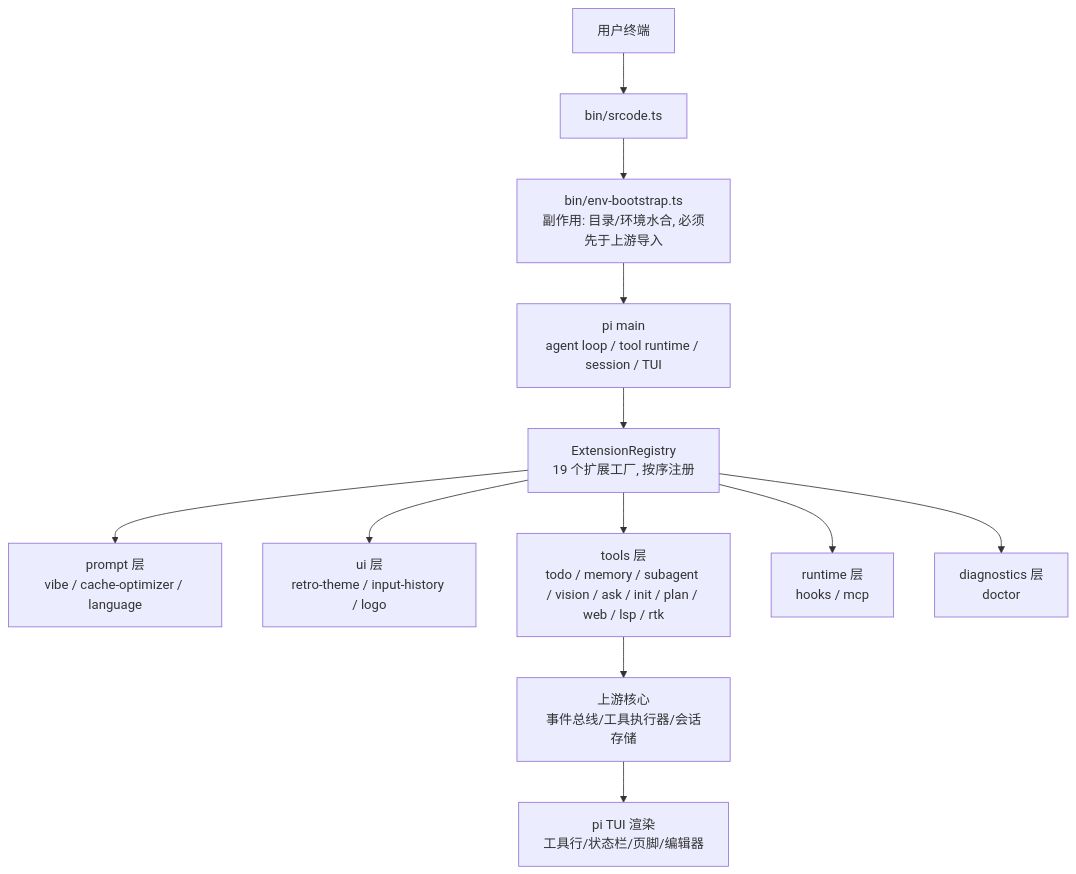
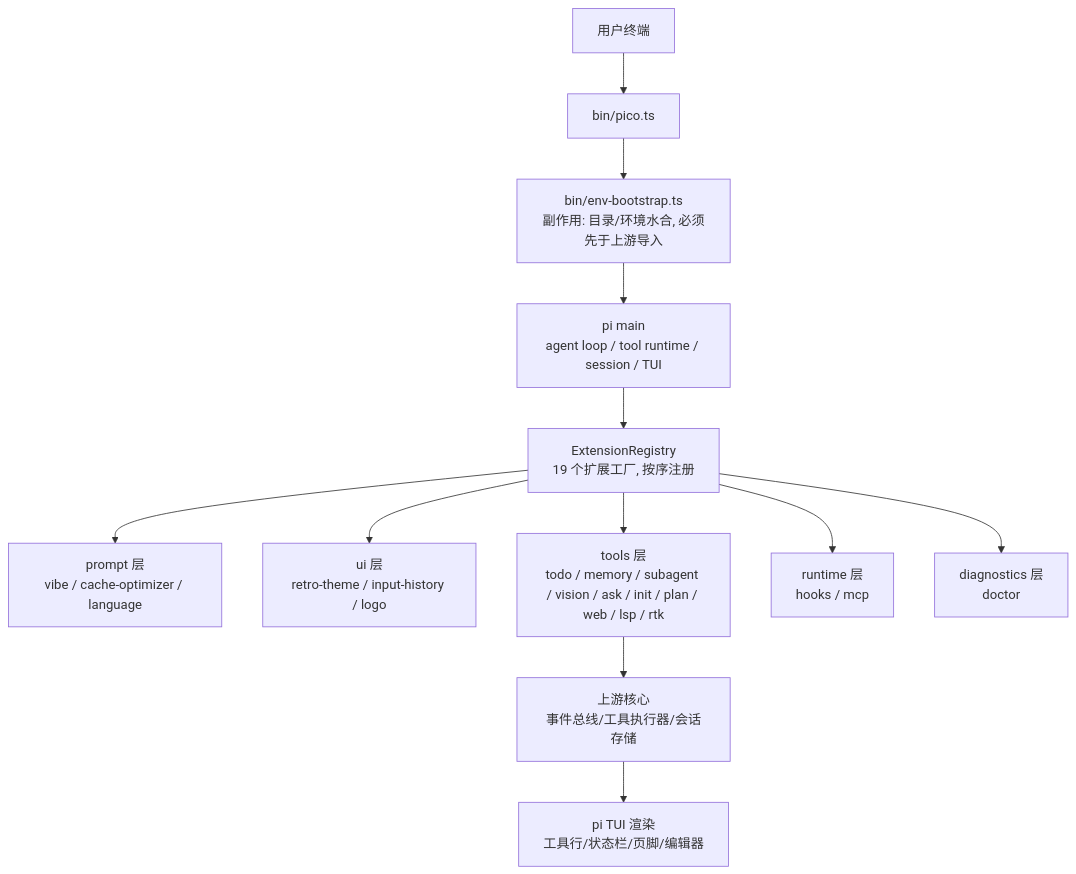
Before and after one commit to sswym/pico: the first of 5 diagrams in docs/internal-tech-review.md, drawn with Mermaid. The commit also changed other lines of this file and 94 other files, not shown here.

First line of the commit message:
chore: 项目更名 srcode → pico

````diff
--- a/docs/internal-tech-review.md
+++ b/docs/internal-tech-review.md
@@ -38,14 +38,14 @@
 ```mermaid
 flowchart TD
-    U[用户终端] --> BIN[bin/srcode.ts]
+    U[用户终端] --> BIN[bin/pico.ts]
     BIN --> BOOT[bin/env-bootstrap.ts<br/>副作用: 目录/环境水合, 必须先于上游导入]
     BOOT --> MAIN[pi main<br/>agent loop / tool runtime / session / TUI]
     MAIN --> REG[ExtensionRegistry<br/>19 个扩展工厂, 按序注册]
     REG --> E1[prompt 层<br/>vibe / cache-optimizer / language]
     REG --> E2[ui 层<br/>retro-theme / input-history / logo]
     REG --> E3[tools 层<br/>todo / memory / subagent / vision / ask / init / plan / web / lsp / rtk]
     REG --> E4[runtime 层<br/>hooks / mcp]
     REG --> E5[diagnostics 层<br/>doctor]
     E3 --> CORE[上游核心<br/>事件总线/工具执行器/会话存储]
     CORE --> TUI[pi TUI 渲染<br/>工具行/状态栏/页脚/编辑器]
 ```
````
